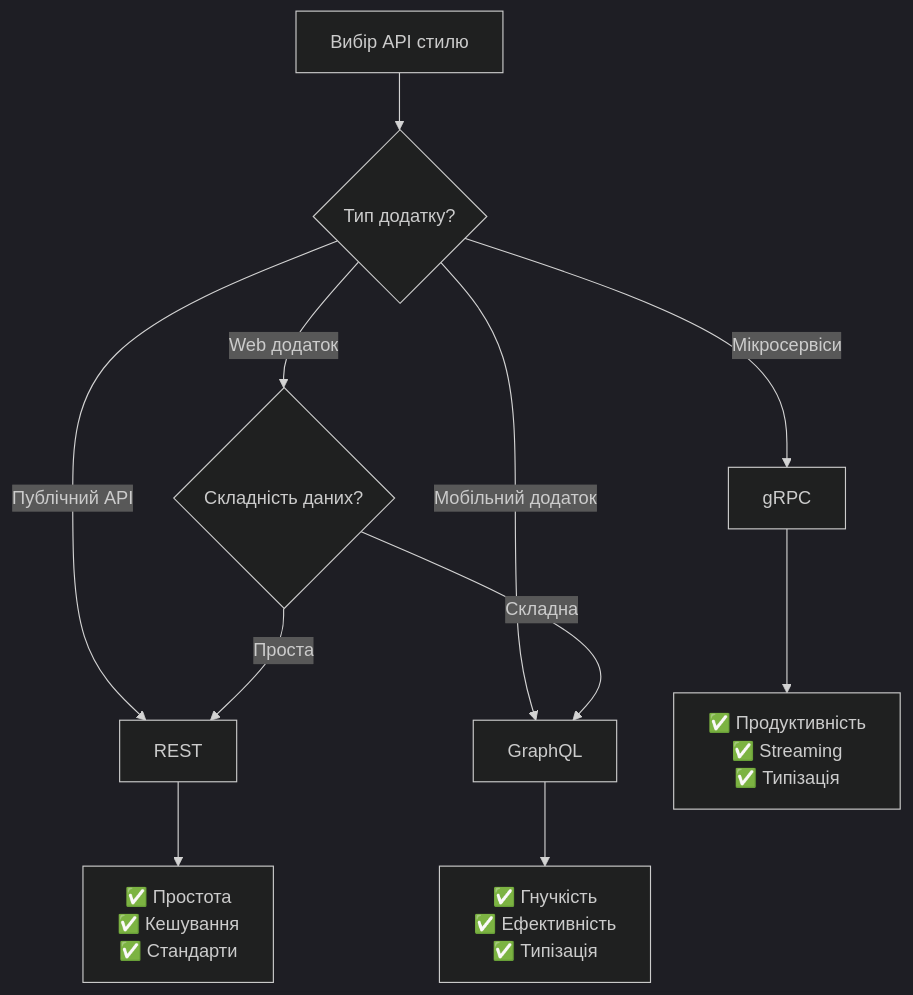
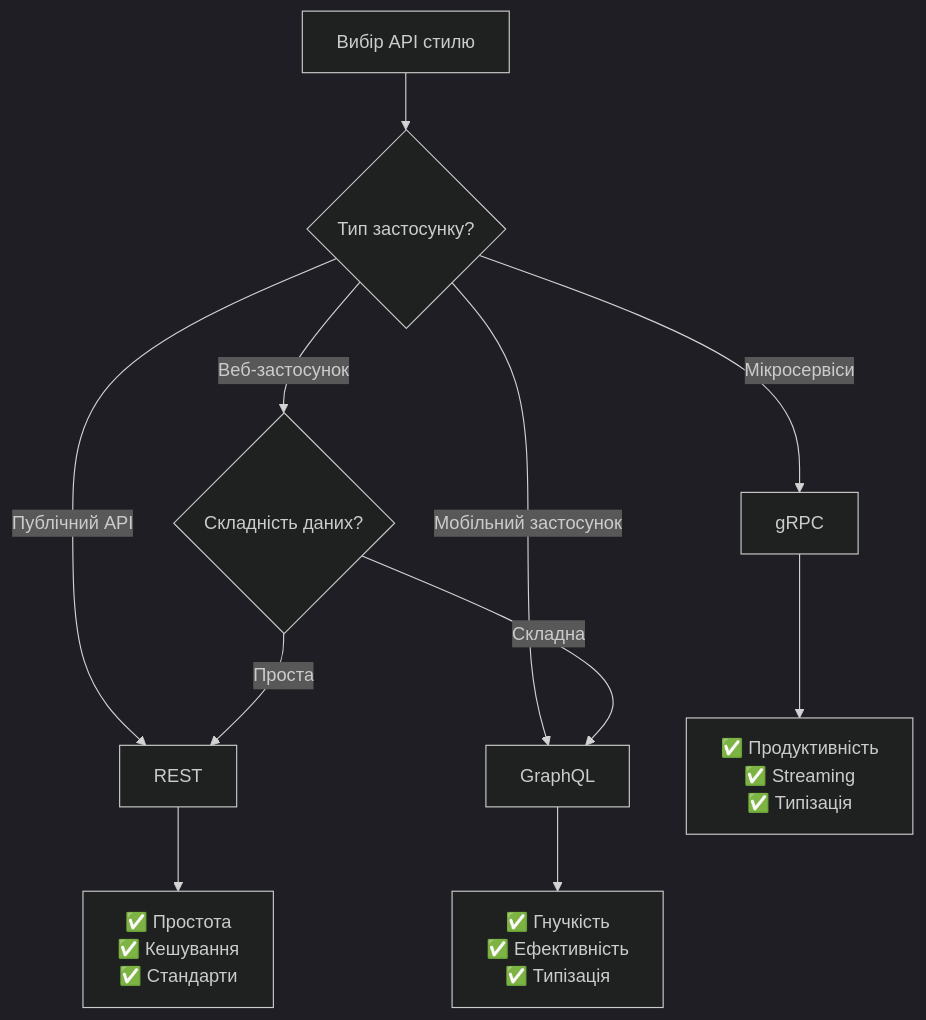
Before and after one commit to olroi421/course-web: the tenth of 19 diagrams in lectures/lecture-01.md, drawn with Mermaid (dark theme). The commit also changed other lines of this file and 4 other files, not shown here.

````diff
--- a/lectures/lecture-01.md
+++ b/lectures/lecture-01.md
@@ -746,16 +788,16 @@
 ```mermaid
 flowchart TD
-    A[Вибір API стилю] --> B{Тип додатку?}
+    A[Вибір API стилю] --> B{Тип застосунку?}
 
     B -->|Публічний API| C[REST]
-    B -->|Мобільний додаток| D[GraphQL]
+    B -->|Мобільний застосунок| D[GraphQL]
     B -->|Мікросервіси| E[gRPC]
-    B -->|Web додаток| F{Складність даних?}
+    B -->|Веб-застосунок| F{Складність даних?}
 
     F -->|Проста| C
     F -->|Складна| D
 
     C --> G[✅ Простота<br/>✅ Кешування<br/>✅ Стандарти]
     D --> H[✅ Гнучкість<br/>✅ Ефективність<br/>✅ Типізація]
     E --> I[✅ Продуктивність<br/>✅ Streaming<br/>✅ Типізація]
 ```
````
